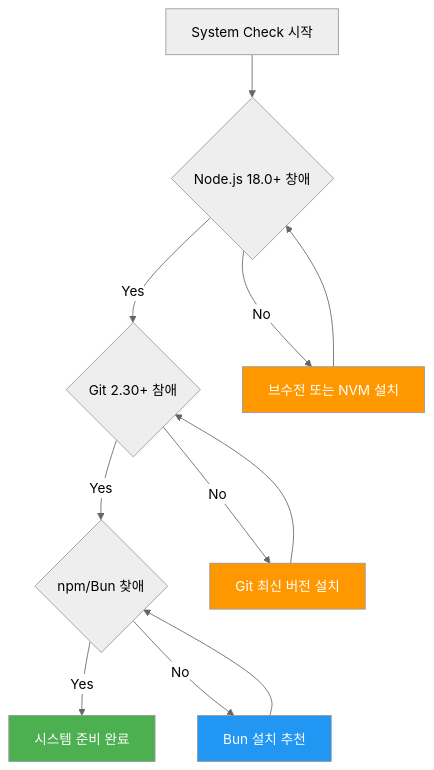
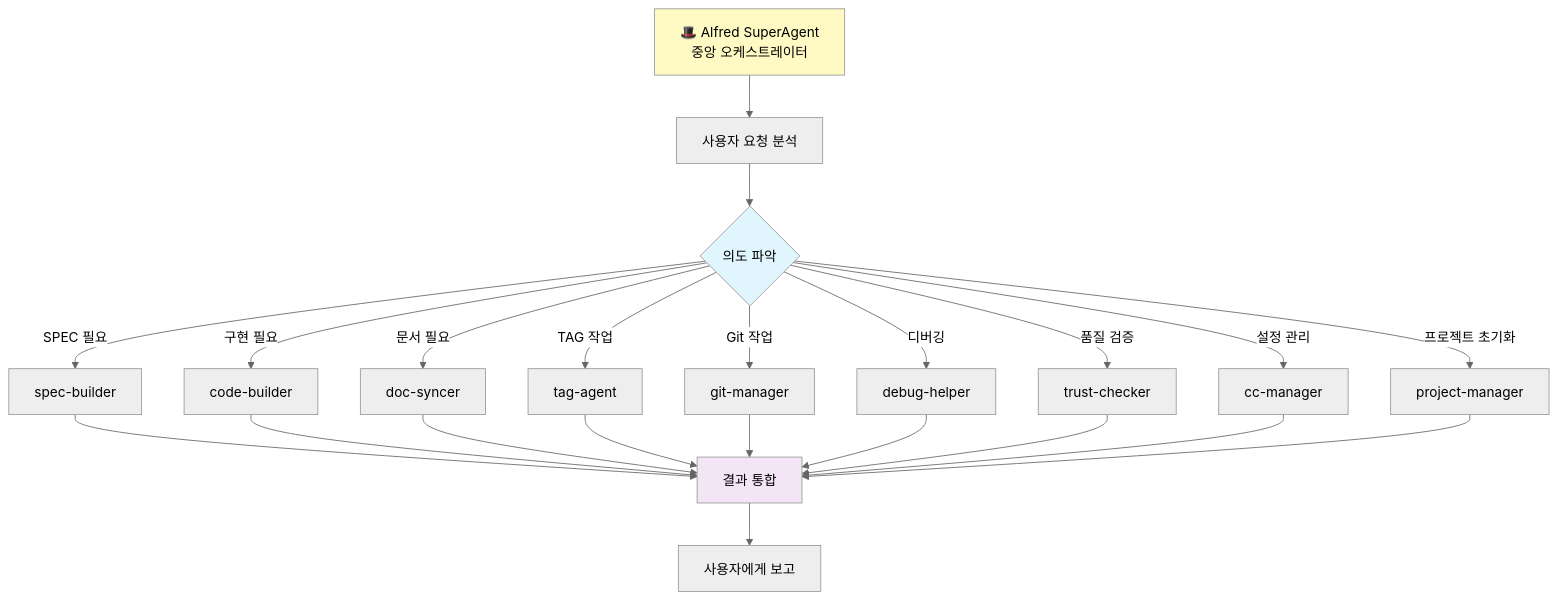
Before and after one commit to modu-ai/moai-adk: the third of 4 diagrams in README.md, drawn with Mermaid (neutral theme). The commit also changed other lines of this file and 299 other files, not shown here.

First line of the commit message:
🎨 feat: Mermaid 다크/라이트 테마 대응 + trust-checker 통합

````diff
--- a/README.md
+++ b/README.md
@@ -129,19 +150,31 @@
 ```mermaid
-flowchart TD
-    A[System Check 시작] --> B{Node.js 18.0+ 창애}
-    B -->|Yes| C{Git 2.30+ 참애}
-    B -->|No| B1[브수전 또는 NVM 설치]
-    C -->|Yes| D{npm/Bun 찾애}
-    C -->|No| C1[Git 최신 버전 설치]
-    D -->|Yes| E[시스템 준비 완료]
-    D -->|No| D1[Bun 설치 추천]
+graph TB
+    A[🎩 Alfred SuperAgent<br/>중앙 오케스트레이터] --> B[사용자 요청 분석]
+    B --> C{의도 파악}
 
-    B1 --> B
-    C1 --> C
-    D1 --> D
+    C -->|SPEC 필요| D1[spec-builder]
+    C -->|구현 필요| D2[code-builder]
+    C -->|문서 필요| D3[doc-syncer]
+    C -->|TAG 작업| D4[tag-agent]
+    C -->|Git 작업| D5[git-manager]
+    C -->|디버깅| D6[debug-helper]
+    C -->|품질 검증| D7[trust-checker]
+    C -->|설정 관리| D8[cc-manager]
+    C -->|프로젝트 초기화| D9[project-manager]
 
-    style E fill:#4caf50,color:#fff
-    style B1 fill:#ff9800,color:#fff
-    style C1 fill:#ff9800,color:#fff
-    style D1 fill:#2196f3,color:#fff
+    D1 --> E[결과 통합]
+    D2 --> E
+    D3 --> E
+    D4 --> E
+    D5 --> E
+    D6 --> E
+    D7 --> E
+    D8 --> E
+    D9 --> E
+
+    E --> F[사용자에게 보고]
+
+    style A fill:#fff9c4,color:#000
+    style C fill:#e1f5fe,color:#000
+    style E fill:#f3e5f5,color:#000
 ```
````
